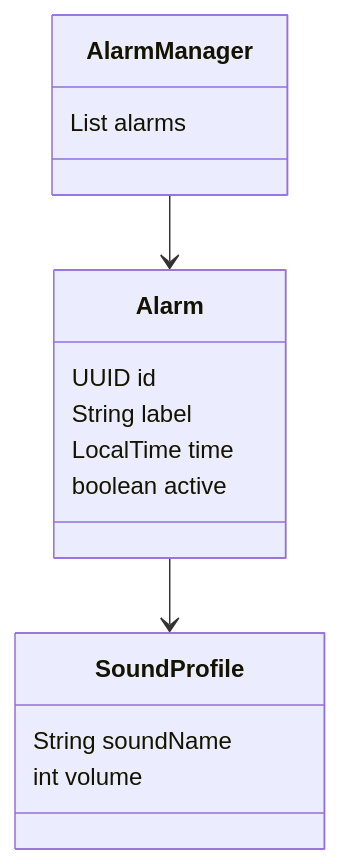
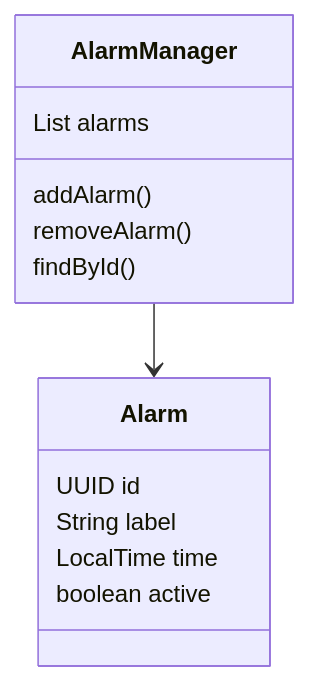
One commit to javiergrrciaa-sys/smart-alarm-clock changed the diagram in docs/class-diagram.md. Above: the diagram before and after it, drawn with Mermaid. The commit also changed other lines of this file, not shown here.

Commit message:
Update class diagram by removing SoundProfile
Removed initial class diagram and SoundProfile class.

````diff
--- a/docs/class-diagram.md
+++ b/docs/class-diagram.md
@@ -3,22 +1,19 @@
 ```mermaid
 classDiagram
 
 AlarmManager --> Alarm
-Alarm --> SoundProfile
 
 class Alarm{
     UUID id
     String label
     LocalTime time
     boolean active
 }
 
 class AlarmManager{
     List alarms
-}
-
-class SoundProfile{
-    String soundName
-    int volume
+    addAlarm()
+    removeAlarm()
+    findById()
 }
 ```
````
